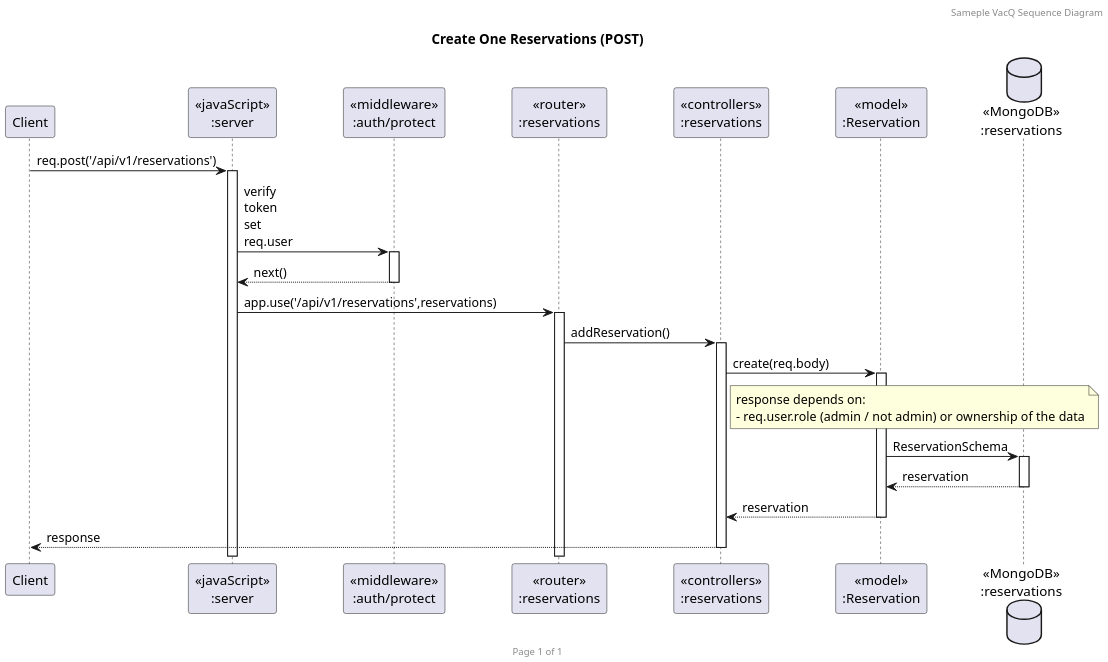
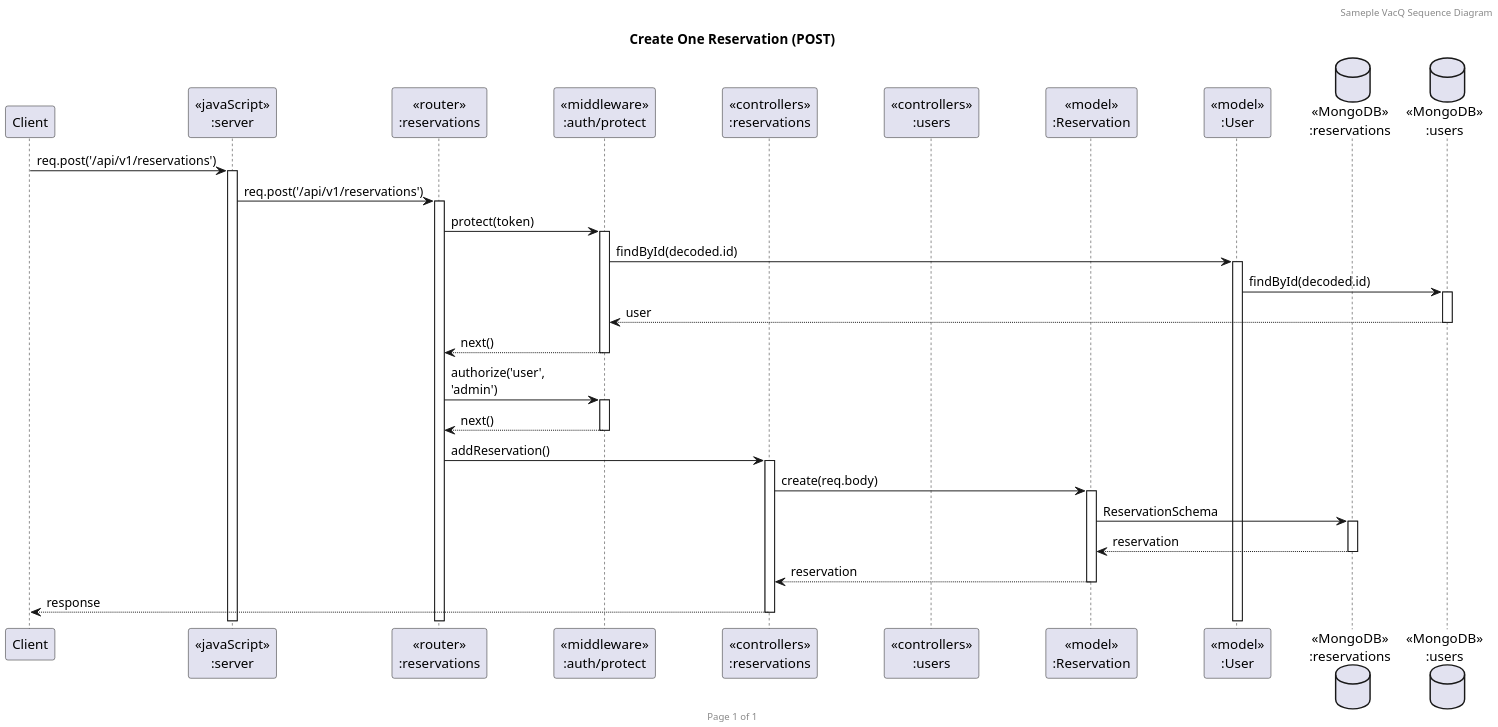
Before and after one commit to 2110503-CEDT68/be-project-68-confutatis: the diagram in UML/Reservations/Create_One.puml, drawn with PlantUML. The commit also changed 5 other files, not shown here.

Commit message:
fix: uml, reservation update -> restaurant fetching only if change new restaurant

```diff
--- a/UML/Reservations/Create_One.puml
+++ b/UML/Reservations/Create_One.puml
@@ -1,42 +1,44 @@
 @startuml Manage Reservation (POST)
 
 header Sameple VacQ Sequence Diagram
 footer Page %page% of %lastpage%
-title "Create One Reservations (POST)"
+title "Create One Reservation (POST)"
 
 skinparam dpi 180
 skinparam ParticipantPadding 30
 skinparam MessagePadding 25
 skinparam maxMessageSize 40
 
 participant "Client" as client
 participant "<<javaScript>>\n:server" as server
+participant "<<router>>\n:reservations" as routerReservations
 participant "<<middleware>>\n:auth/protect" as middleware
-participant "<<router>>\n:reservations" as routerReservations
 participant "<<controllers>>\n:reservations" as controllersReservations
+participant "<<controllers>>\n:users" as controllersUsers   
 participant "<<model>>\n:Reservation" as modelReservation
+participant "<<model>>\n:User" as modelUser
 database "<<MongoDB>>\n:reservations" as ReservationsDatabase
+database "<<MongoDB>>\n:users" as UsersDatabase
 
 client -> server ++: req.post('/api/v1/reservations')
-server -> middleware ++: verify token\nset req.user
-middleware --> server --: next()
+server -> routerReservations ++: req.post('/api/v1/reservations')
+routerReservations -> middleware ++: protect(token)
+middleware -> modelUser ++: findById(decoded.id)
+modelUser -> UsersDatabase ++: findById(decoded.id)
+UsersDatabase --> middleware --: user
+middleware --> routerReservations --: next()
 
-server -> routerReservations ++: app.use('/api/v1/reservations',reservations)
-
+routerReservations -> middleware ++: authorize('user', 'admin')
+middleware --> routerReservations --: next()
 
 routerReservations -> controllersReservations ++: addReservation()
 
 controllersReservations -> modelReservation ++: create(req.body)
-
-note right of controllersReservations
-response depends on:
-- req.user.role (admin / not admin) or ownership of the data
-end note
 
 modelReservation -> ReservationsDatabase ++: ReservationSchema
 ReservationsDatabase --> modelReservation --: reservation
 modelReservation --> controllersReservations --: reservation
 
 controllersReservations --> client --: response
 
 @enduml
```
